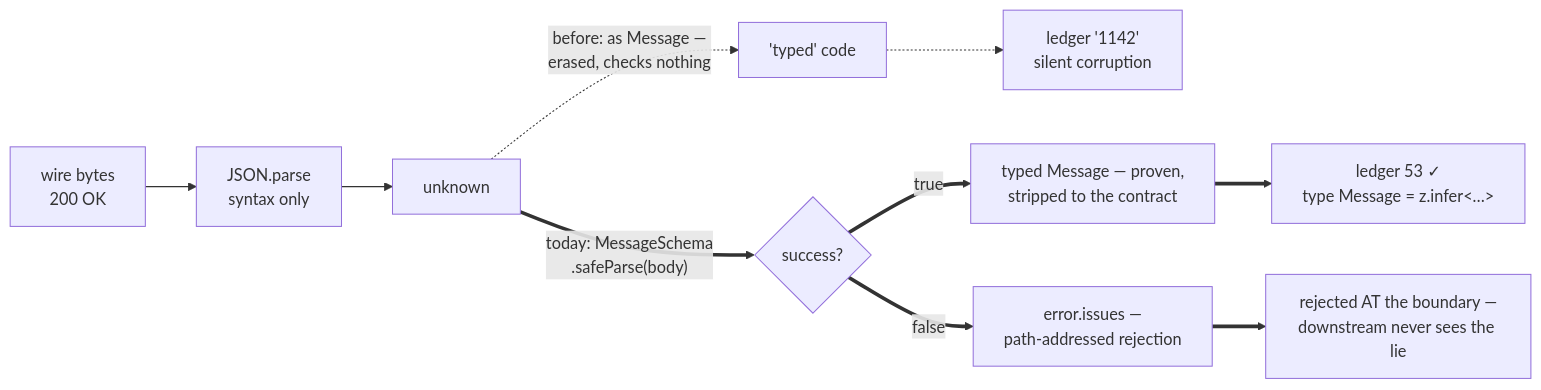
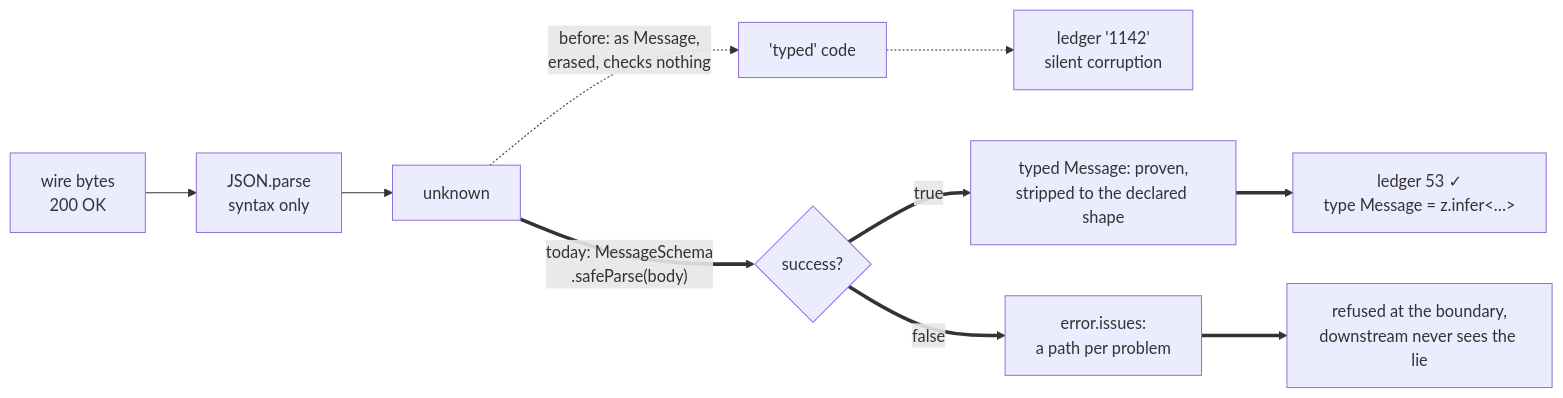
The second of 2 diagrams in wiki/lessons/lesson-0005-validate-the-boundary.md (JozsefKiss90/TS), drawn with Mermaid before and after one commit. The commit also changed other lines of this file and 46 other files, not shown here.

````diff
--- a/wiki/lessons/lesson-0005-validate-the-boundary.md
+++ b/wiki/lessons/lesson-0005-validate-the-boundary.md
@@ -38,12 +38,12 @@
 ```mermaid
 flowchart LR
     W["wire bytes<br/>200 OK"] --> JP["JSON.parse<br/>syntax only"]
     JP --> U["unknown"]
-    U -.->|"before: as Message —<br/>erased, checks nothing"| T1["'typed' code"]
+    U -.->|"before: as Message,<br/>erased, checks nothing"| T1["'typed' code"]
     T1 -.-> X["ledger '1142'<br/>silent corruption"]
     U ==>|"today: MessageSchema<br/>.safeParse(body)"| R{"success?"}
-    R ==>|"true"| T2["typed Message — proven,<br/>stripped to the contract"]
-    R ==>|"false"| E["error.issues —<br/>path-addressed rejection"]
+    R ==>|"true"| T2["typed Message: proven,<br/>stripped to the declared shape"]
+    R ==>|"false"| E["error.issues:<br/>a path per problem"]
     T2 ==> OK["ledger 53 ✓<br/>type Message = z.infer&lt;…&gt;"]
-    E ==> REJ["rejected AT the boundary —<br/>downstream never sees the lie"]
+    E ==> REJ["refused at the boundary,<br/>downstream never sees the lie"]
 ```
````
